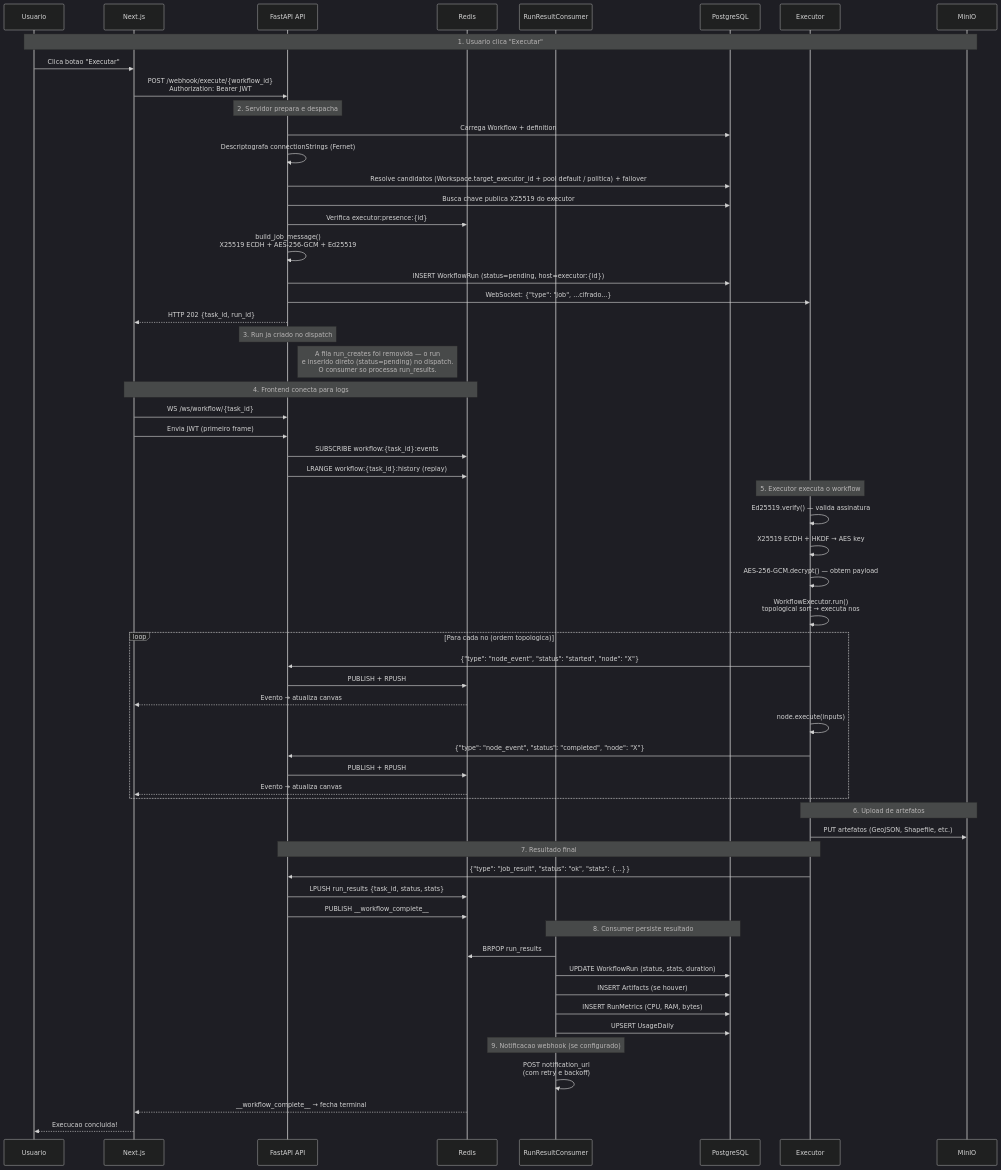
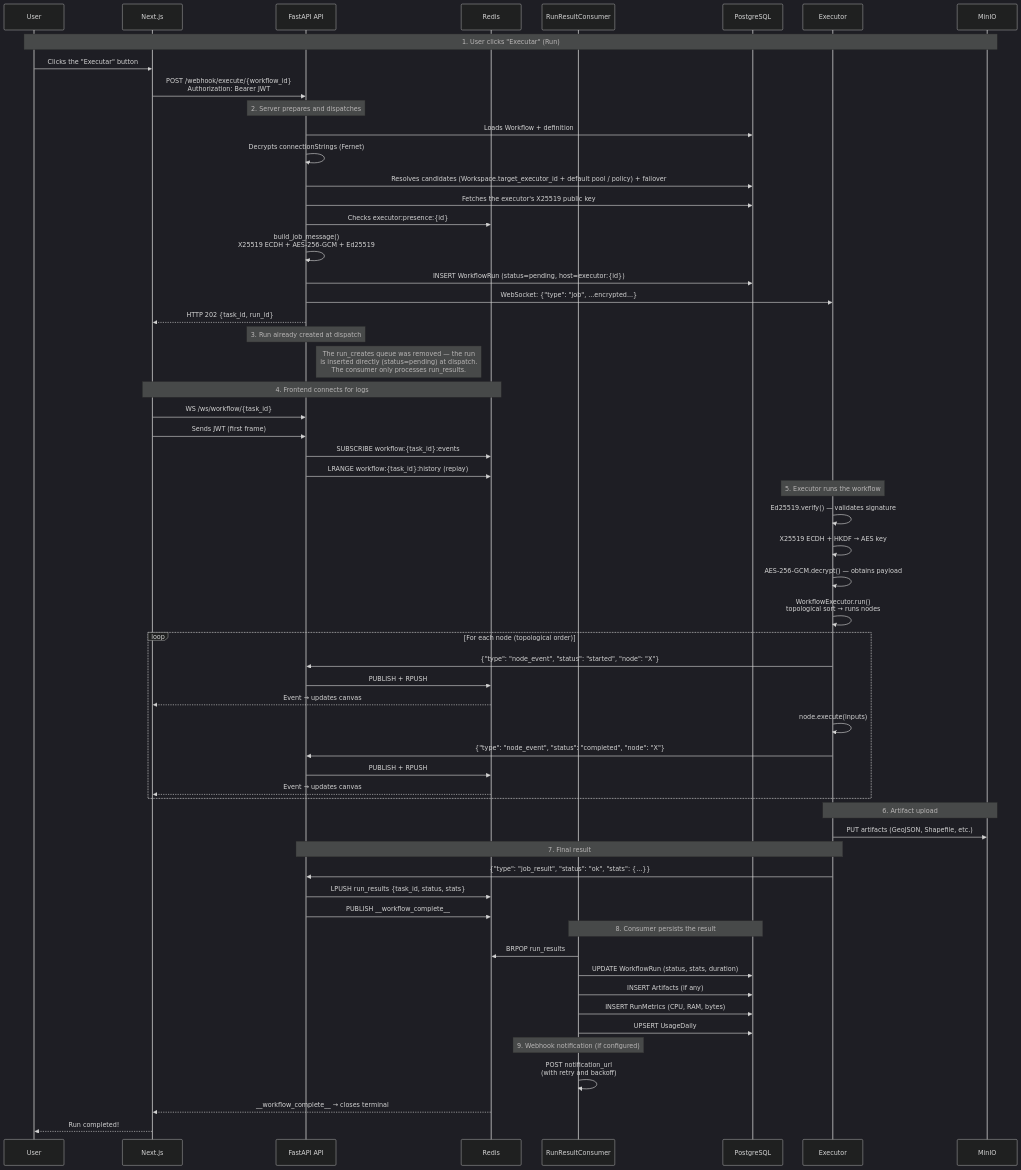
Diagram 15 of 15 in docs/architecture.md (jlanio/atlans), drawn with Mermaid (dark theme) before and after one commit. The commit also changed other lines of this file and 41 other files, not shown here.

````diff
--- a/docs/architecture.md
+++ b/docs/architecture.md
@@ -1512,74 +1513,74 @@
 ```mermaid
 sequenceDiagram
-    participant U as Usuario
+    participant U as User
     participant NEXT as Next.js
     participant API as FastAPI API
     participant REDIS as Redis
     participant CONSUMER as RunResultConsumer
     participant PG as PostgreSQL
     participant AGENT as Executor
     participant MINIO as MinIO
 
-    Note over U,MINIO: 1. Usuario clica "Executar"
-    U->>NEXT: Clica botao "Executar"
+    Note over U,MINIO: 1. User clicks "Executar" (Run)
+    U->>NEXT: Clicks the "Executar" button
     NEXT->>API: POST /webhook/execute/{workflow_id}<br/>Authorization: Bearer JWT
 
-    Note over API: 2. Servidor prepara e despacha
-    API->>PG: Carrega Workflow + definition
-    API->>API: Descriptografa connectionStrings (Fernet)
-    API->>PG: Resolve candidatos (Workspace.target_executor_id + pool default / politica) + failover
-    API->>PG: Busca chave publica X25519 do executor
-    API->>REDIS: Verifica executor:presence:{id}
+    Note over API: 2. Server prepares and dispatches
+    API->>PG: Loads Workflow + definition
+    API->>API: Decrypts connectionStrings (Fernet)
+    API->>PG: Resolves candidates (Workspace.target_executor_id + default pool / policy) + failover
+    API->>PG: Fetches the executor's X25519 public key
+    API->>REDIS: Checks executor:presence:{id}
     API->>API: build_job_message()<br/>X25519 ECDH + AES-256-GCM + Ed25519
     API->>PG: INSERT WorkflowRun (status=pending, host=executor:{id})
-    API->>AGENT: WebSocket: {"type": "job", ...cifrado...}
+    API->>AGENT: WebSocket: {"type": "job", ...encrypted...}
     API-->>NEXT: HTTP 202 {task_id, run_id}
 
-    Note over API: 3. Run ja criado no dispatch
-    Note right of API: A fila run_creates foi removida — o run<br/>e inserido direto (status=pending) no dispatch.<br/>O consumer so processa run_results.
+    Note over API: 3. Run already created at dispatch
+    Note right of API: The run_creates queue was removed — the run<br/>is inserted directly (status=pending) at dispatch.<br/>The consumer only processes run_results.
 
-    Note over NEXT,REDIS: 4. Frontend conecta para logs
+    Note over NEXT,REDIS: 4. Frontend connects for logs
     NEXT->>API: WS /ws/workflow/{task_id}
-    NEXT->>API: Envia JWT (primeiro frame)
+    NEXT->>API: Sends JWT (first frame)
     API->>REDIS: SUBSCRIBE workflow:{task_id}:events
     API->>REDIS: LRANGE workflow:{task_id}:history (replay)
 
-    Note over AGENT: 5. Executor executa o workflow
-    AGENT->>AGENT: Ed25519.verify() — valida assinatura
+    Note over AGENT: 5. Executor runs the workflow
+    AGENT->>AGENT: Ed25519.verify() — validates signature
     AGENT->>AGENT: X25519 ECDH + HKDF → AES key
-    AGENT->>AGENT: AES-256-GCM.decrypt() — obtem payload
-    AGENT->>AGENT: WorkflowExecutor.run()<br/>topological sort → executa nos
+    AGENT->>AGENT: AES-256-GCM.decrypt() — obtains payload
+    AGENT->>AGENT: WorkflowExecutor.run()<br/>topological sort → runs nodes
 
-    loop Para cada no (ordem topologica)
+    loop For each node (topological order)
         AGENT->>API: {"type": "node_event", "status": "started", "node": "X"}
         API->>REDIS: PUBLISH + RPUSH
-        REDIS-->>NEXT: Evento → atualiza canvas
+        REDIS-->>NEXT: Event → updates canvas
 
         AGENT->>AGENT: node.execute(inputs)
 
         AGENT->>API: {"type": "node_event", "status": "completed", "node": "X"}
         API->>REDIS: PUBLISH + RPUSH
-        REDIS-->>NEXT: Evento → atualiza canvas
+        REDIS-->>NEXT: Event → updates canvas
     end
 
-    Note over AGENT,MINIO: 6. Upload de artefatos
-    AGENT->>MINIO: PUT artefatos (GeoJSON, Shapefile, etc.)
+    Note over AGENT,MINIO: 6. Artifact upload
+    AGENT->>MINIO: PUT artifacts (GeoJSON, Shapefile, etc.)
 
-    Note over AGENT,API: 7. Resultado final
+    Note over AGENT,API: 7. Final result
     AGENT->>API: {"type": "job_result", "status": "ok", "stats": {...}}
     API->>REDIS: LPUSH run_results {task_id, status, stats}
     API->>REDIS: PUBLISH __workflow_complete__
 
-    Note over CONSUMER,PG: 8. Consumer persiste resultado
+    Note over CONSUMER,PG: 8. Consumer persists the result
     CONSUMER->>REDIS: BRPOP run_results
     CONSUMER->>PG: UPDATE WorkflowRun (status, stats, duration)
-    CONSUMER->>PG: INSERT Artifacts (se houver)
+    CONSUMER->>PG: INSERT Artifacts (if any)
     CONSUMER->>PG: INSERT RunMetrics (CPU, RAM, bytes)
     CONSUMER->>PG: UPSERT UsageDaily
 
-    Note over CONSUMER: 9. Notificacao webhook (se configurado)
-    CONSUMER->>CONSUMER: POST notification_url<br/>(com retry e backoff)
+    Note over CONSUMER: 9. Webhook notification (if configured)
+    CONSUMER->>CONSUMER: POST notification_url<br/>(with retry and backoff)
 
-    REDIS-->>NEXT: __workflow_complete__ → fecha terminal
-    NEXT-->>U: Execucao concluida!
+    REDIS-->>NEXT: __workflow_complete__ → closes terminal
+    NEXT-->>U: Run completed!
 ```
````
